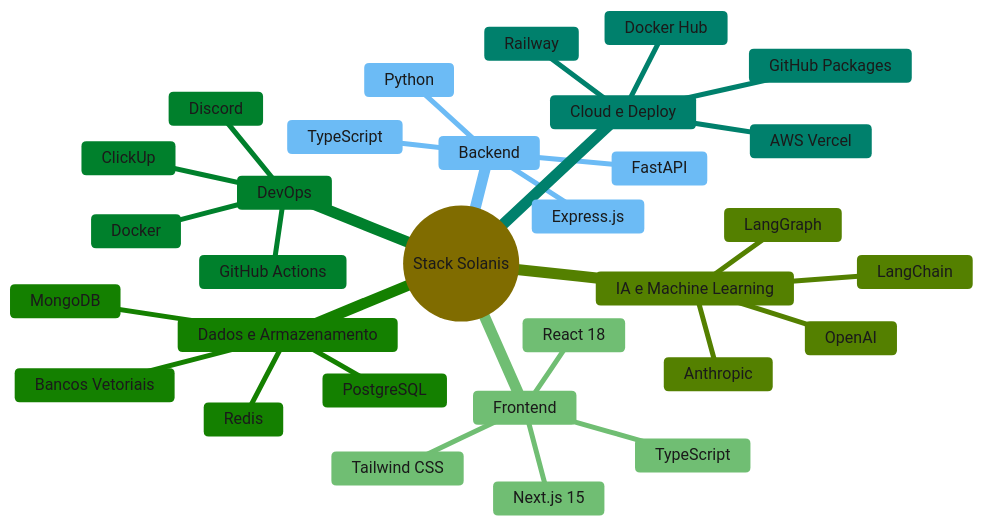
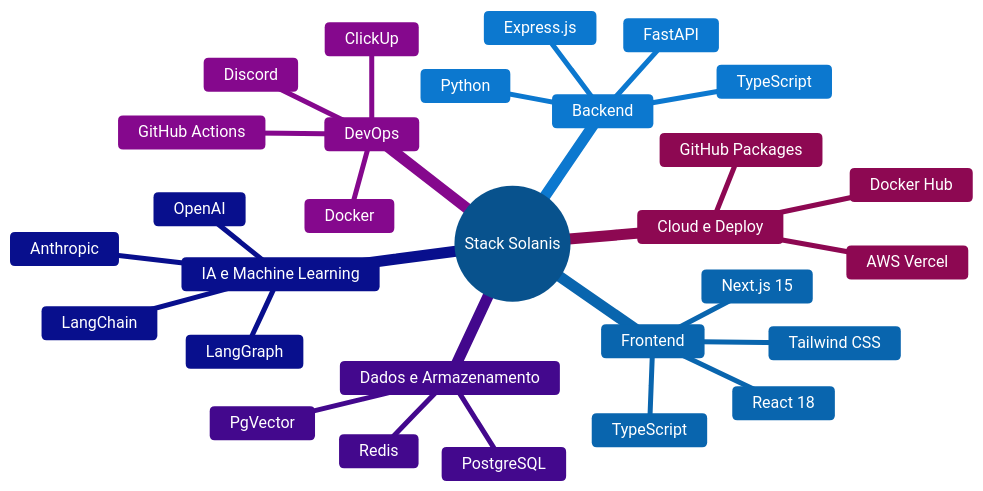
The first of 20 diagrams in README.md (solanisdev/solar), drawn with Mermaid before and after one commit.

````diff
--- a/README.md
+++ b/README.md
@@ -28,35 +28,33 @@
 ```mermaid
-%%{init: {'theme':'base', 'themeVariables': {'primaryColor':'#FFD700','primaryTextColor':'#1a1a1a','primaryBorderColor':'#E1BEE7','lineColor':'#666','secondaryColor':'#C8E6C9','tertiaryColor':'#E3F2FD','background':'#ffffff','mainBkg':'#FFD700','secondaryBkg':'#E1BEE7','tertiaryBkg':'#C8E6C9'}}}%%
+%%{init: {'theme':'base', 'themeVariables': {'primaryColor':'#2196F3','primaryTextColor':'#ffffff','primaryBorderColor':'#1976D2','lineColor':'#0D47A1','secondaryColor':'#42A5F5','tertiaryColor':'#64B5F6','background':'#ffffff','mainBkg':'#2196F3','secondaryBkg':'#1E88E5','tertiaryBkg':'#1976D2'}}}%%
 mindmap
   root((Stack Solanis))
     Frontend
       Next.js 15
       React 18
       TypeScript
       Tailwind CSS
     Backend
       FastAPI
       Express.js
       TypeScript
       Python
     IA e Machine Learning
       LangChain
       LangGraph
       OpenAI
       Anthropic
     Dados e Armazenamento
       PostgreSQL
-      MongoDB
       Redis
-      Bancos Vetoriais
+      PgVector
     DevOps
       Docker
       GitHub Actions
       ClickUp
       Discord
     Cloud e Deploy
       AWS Vercel
-      Railway
       Docker Hub
       GitHub Packages
 ```
````
